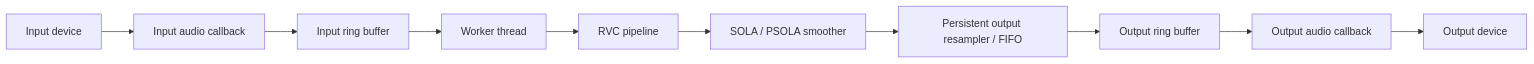
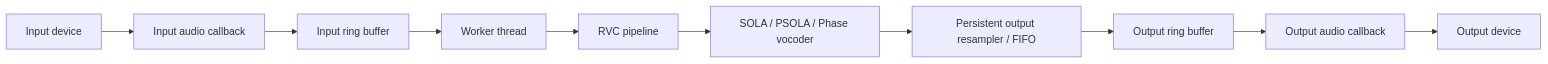
One commit to shirohata/vc-rs changed the first of 2 diagrams in docs/architecture.md. Above: the diagram before and after it, drawn with Mermaid. The commit also changed other lines of this file and 28 other files, not shown here.

Commit message:
feat: add optimized phase vocoder joining across frontends

````diff
--- a/docs/architecture.md
+++ b/docs/architecture.md
@@ -166,12 +166,12 @@
 ```mermaid
 flowchart LR
     mic["Input device"] --> in_cb["Input audio callback"]
     in_cb --> in_ring["Input ring buffer"]
     in_ring --> worker["Worker thread"]
     worker --> model["RVC pipeline"]
-    model --> smooth["SOLA / PSOLA smoother"]
+    model --> smooth["SOLA / PSOLA / Phase vocoder"]
     smooth --> resample["Persistent output resampler / FIFO"]
     resample --> out_ring["Output ring buffer"]
     out_ring --> out_cb["Output audio callback"]
     out_cb --> speaker["Output device"]
 ```
````
